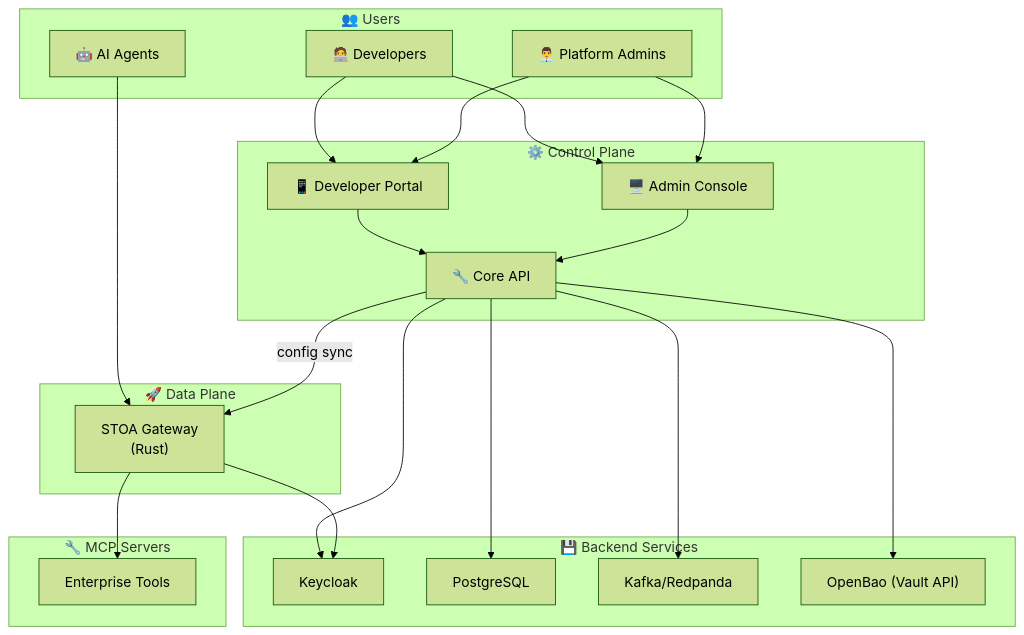
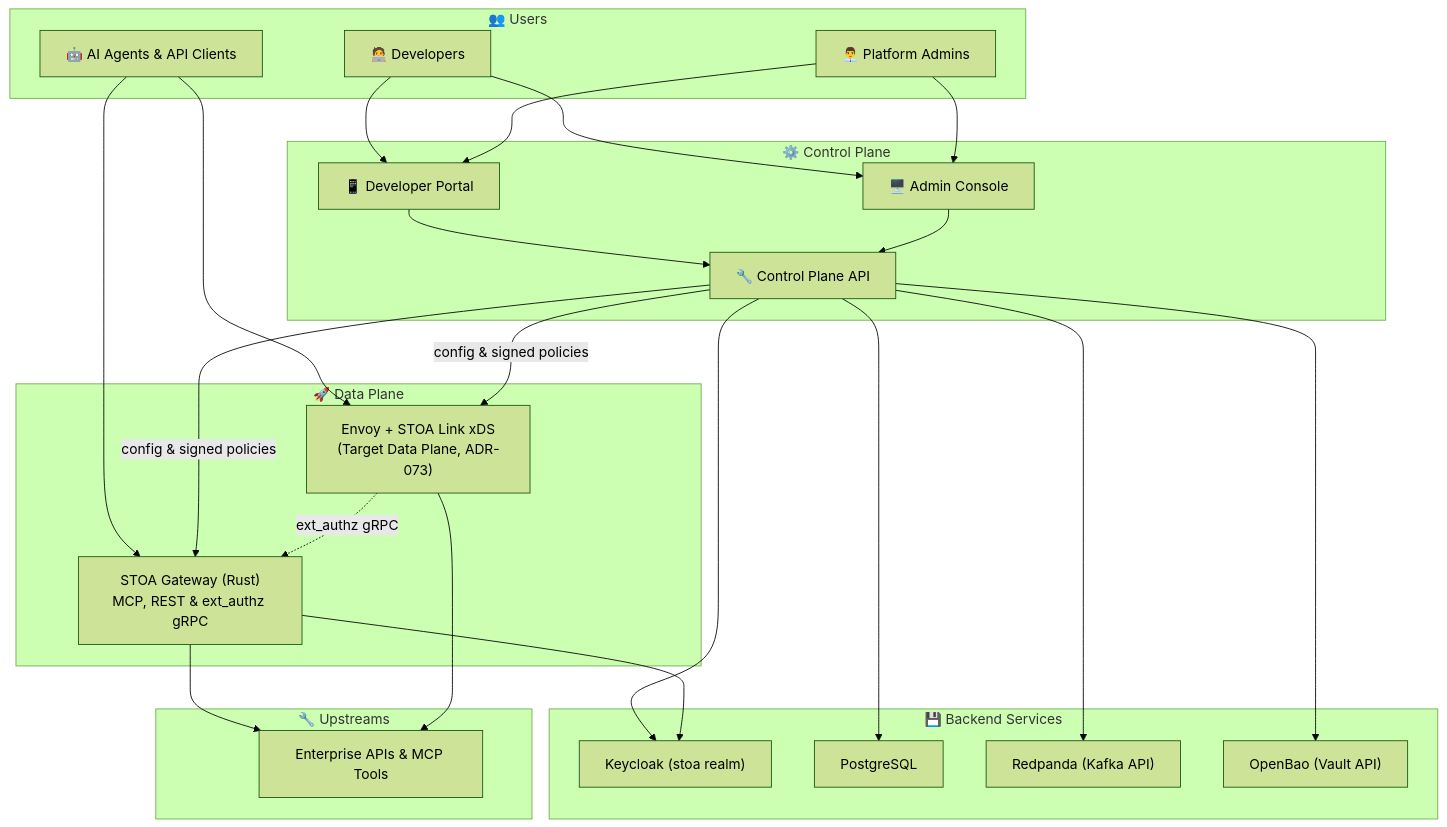
The first of 2 diagrams in docs/concepts/architecture.md (stoa-platform/stoa-docs), drawn with Mermaid (forest theme) before and after one commit. The commit also changed other lines of this file and 31 other files, not shown here.

First line of the commit message:
docs(arch): align architecture, tenant model, secrets, and ADR index with ADR-073/074/075 (EN/FR)

````diff
--- a/docs/concepts/architecture.md
+++ b/docs/concepts/architecture.md
@@ -16,37 +16,39 @@
 ```mermaid
 flowchart TB
     subgraph Users["👥 Users"]
         Dev["🧑‍💻 Developers"]
         Admin["👨‍💼 Platform Admins"]
-        AI["🤖 AI Agents"]
+        AI["🤖 AI Agents & API Clients"]
     end
 
     subgraph ControlPlane["⚙️ Control Plane"]
         Portal["📱 Developer Portal"]
         Console["🖥️ Admin Console"]
-        CoreAPI["🔧 Core API"]
+        CoreAPI["🔧 Control Plane API"]
     end
 
     subgraph DataPlane["🚀 Data Plane"]
-        MCPGateway["STOA Gateway<br/>(Rust)"]
+        MCPGateway["STOA Gateway (Rust)<br/>MCP, REST & ext_authz gRPC"]
+        EnvoyLink["Envoy + STOA Link xDS<br/>(Target Data Plane, ADR-073)"]
     end
 
     subgraph Backend["💾 Backend Services"]
-        KC["Keycloak"]
+        KC["Keycloak (stoa realm)"]
         PG["PostgreSQL"]
-        Kafka["Kafka/Redpanda"]
+        Kafka["Redpanda (Kafka API)"]
         Vault["OpenBao (Vault API)"]
     end
 
-    subgraph MCP["🔧 MCP Servers"]
-        Tools["Enterprise Tools"]
+    subgraph MCP["🔧 Upstreams"]
+        Tools["Enterprise APIs & MCP Tools"]
     end
 
     Dev & Admin --> Portal & Console
-    AI --> MCPGateway
+    AI --> MCPGateway & EnvoyLink
     Portal & Console --> CoreAPI
-    CoreAPI -->|"config sync"| MCPGateway
-    MCPGateway --> Tools
+    CoreAPI -->|"config & signed policies"| MCPGateway & EnvoyLink
+    EnvoyLink -.->|"ext_authz gRPC"| MCPGateway
+    MCPGateway & EnvoyLink --> Tools
     CoreAPI --> PG & Kafka & KC & Vault
     MCPGateway --> KC
 ```
````
